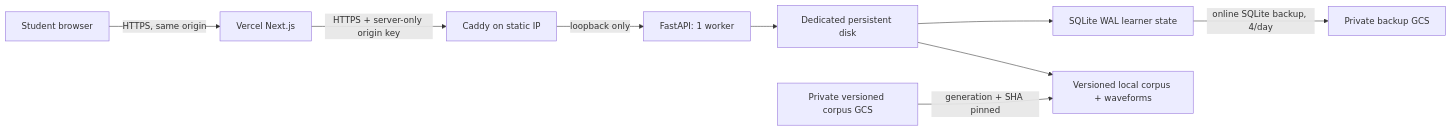
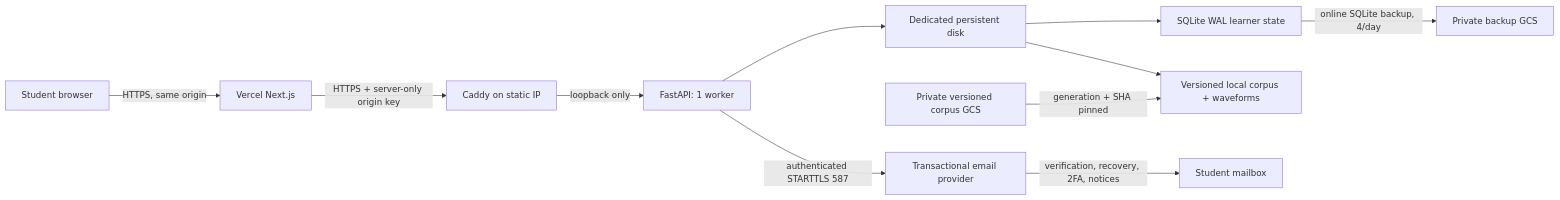
The diagram in deploy/gcp/README.md (dhruvpatel19/ecg-tool), drawn with Mermaid before and after one commit. The commit also changed other lines of this file and 332 other files, not shown here.

````diff
--- a/deploy/gcp/README.md
+++ b/deploy/gcp/README.md
@@ -12,11 +12,13 @@
 ```mermaid
 flowchart LR
     B["Student browser"] -->|HTTPS, same origin| V["Vercel Next.js"]
     V -->|HTTPS + server-only origin key| C["Caddy on static IP"]
     C -->|loopback only| A["FastAPI: 1 worker"]
     A --> D["Dedicated persistent disk"]
     D --> S["SQLite WAL learner state"]
     D --> W["Versioned local corpus + waveforms"]
     G["Private versioned corpus GCS"] -->|generation + SHA pinned| W
     S -->|online SQLite backup, 4/day| K["Private backup GCS"]
+    A -->|authenticated STARTTLS 587| M["Transactional email provider"]
+    M -->|verification, recovery, 2FA, notices| E["Student mailbox"]
 ```
````
